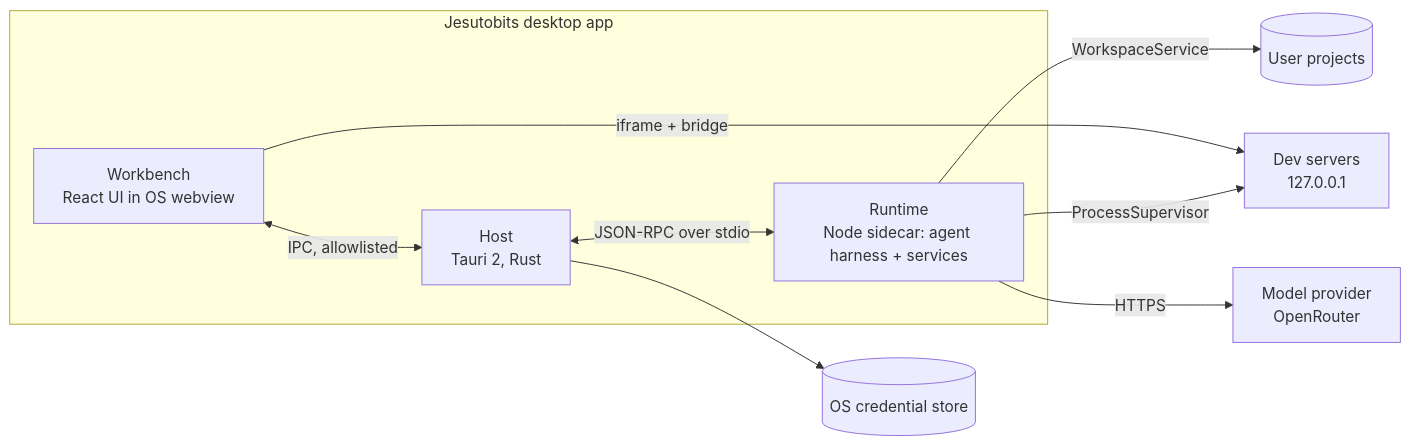
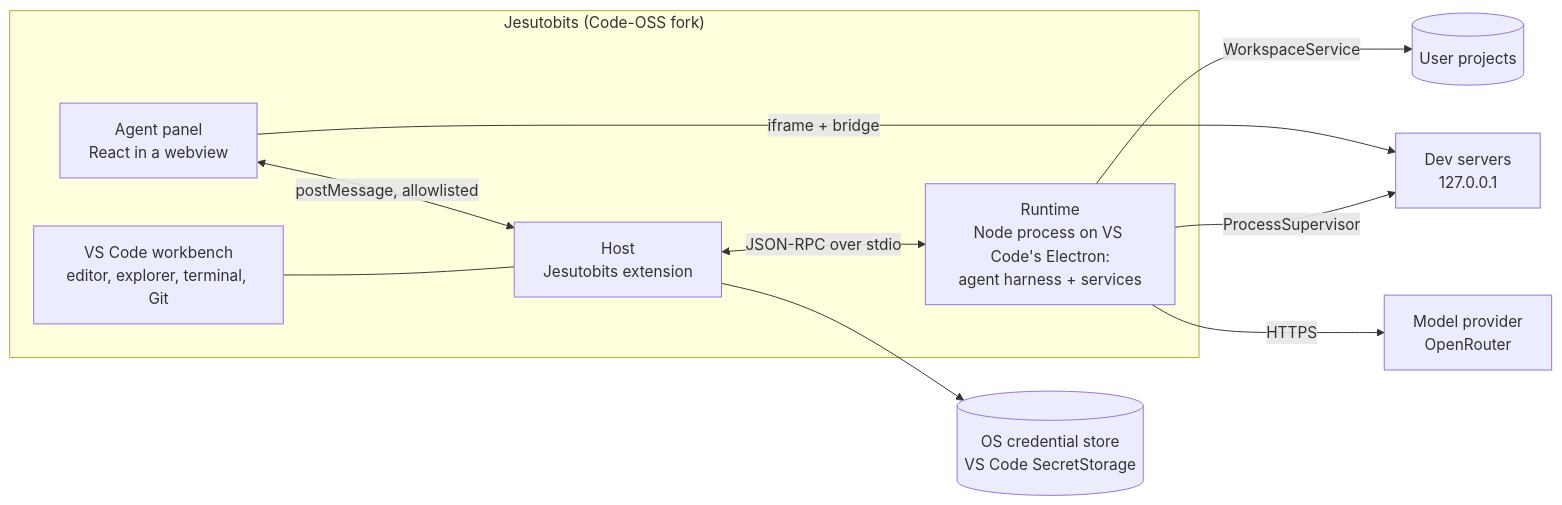
One commit to divinefavourak/jesutobits changed the diagram in README.md. Above: the diagram before and after it, drawn with Mermaid. The commit also changed other lines of this file and 282 other files, not shown here.

````diff
--- a/README.md
+++ b/README.md
@@ -45,19 +45,21 @@
 ```mermaid
 flowchart LR
-    subgraph app["Jesutobits desktop app"]
-        WB["Workbench<br/>React UI in OS webview"]
-        H["Host<br/>Tauri 2, Rust"]
-        RT["Runtime<br/>Node sidecar: agent harness + services"]
+    subgraph app["Jesutobits (Code-OSS fork)"]
+        VS["VS Code workbench<br/>editor, explorer, terminal, Git"]
+        WB["Agent panel<br/>React in a webview"]
+        H["Host<br/>Jesutobits extension"]
+        RT["Runtime<br/>Node process on VS Code's Electron:<br/>agent harness + services"]
     end
     P[("User projects")]
     DS["Dev servers<br/>127.0.0.1"]
     M["Model provider<br/>OpenRouter"]
-    K[("OS credential store")]
-    WB <-->|IPC, allowlisted| H
+    K[("OS credential store<br/>VS Code SecretStorage")]
+    VS --- H
+    WB <-->|postMessage, allowlisted| H
     H <-->|JSON-RPC over stdio| RT
     H --> K
     RT -->|WorkspaceService| P
     RT -->|ProcessSupervisor| DS
     WB -->|iframe + bridge| DS
     RT -->|HTTPS| M
 ```
````
